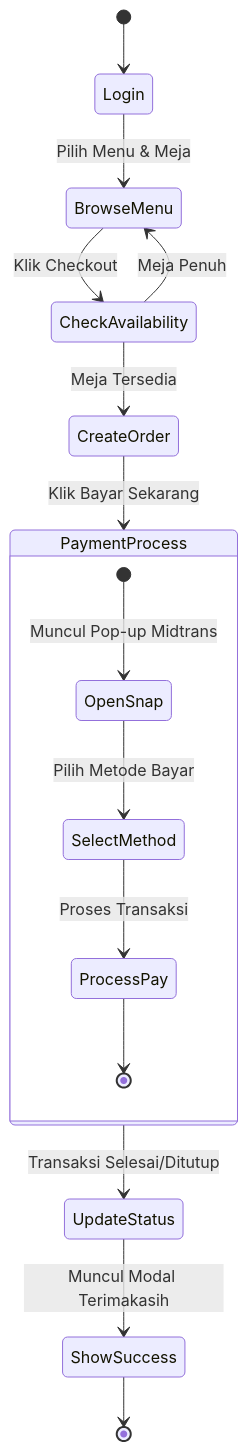
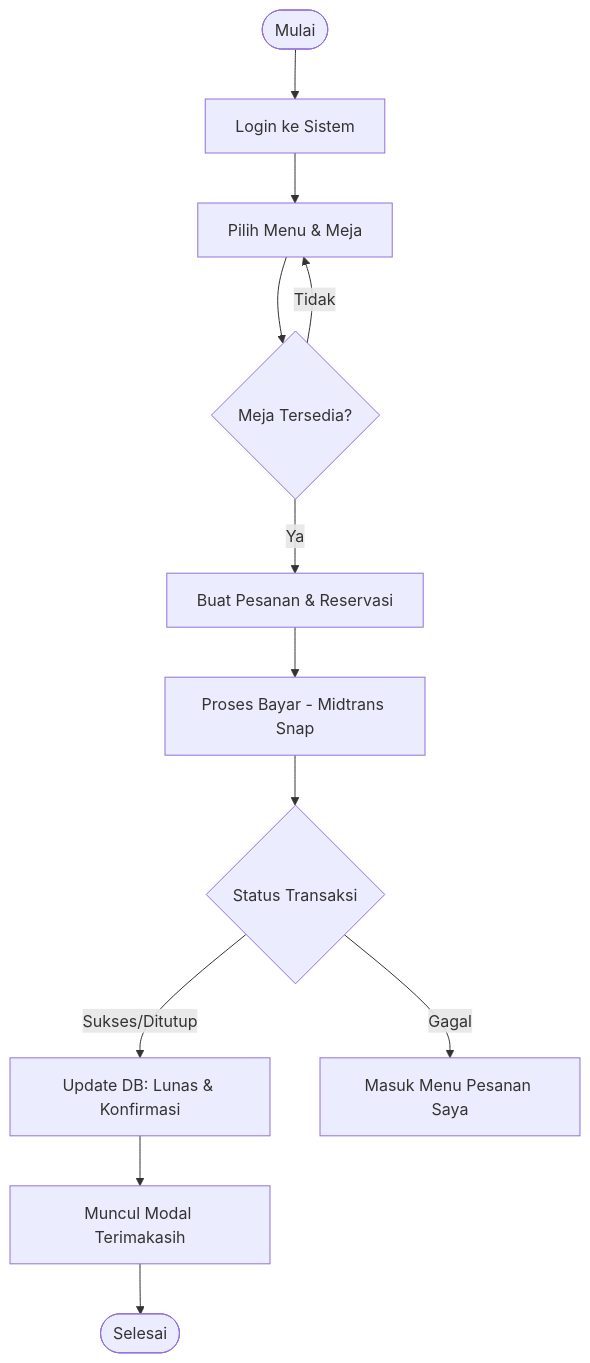
One commit to AkbarHusaini/website-reservasi-online-Ineri-suki changed the second of 3 diagrams in DIAGRAM.md. Above: the diagram before and after it, drawn with Mermaid. The commit also changed other lines of this file, not shown here.

Commit message:
fix: use supported mermaid syntax for Use Case and Activity diagrams

````diff
--- a/DIAGRAM.md
+++ b/DIAGRAM.md
@@ -43,23 +48,18 @@
 ```mermaid
-stateDiagram-v2
-    [*] --> Login
-    Login --> BrowseMenu: Pilih Menu & Meja
-    BrowseMenu --> CheckAvailability: Klik Checkout
+flowchart TD
+    Start([Mulai]) --> Login[Login ke Sistem]
+    Login --> Browse[Pilih Menu & Meja]
+    Browse --> Check{Meja Tersedia?}
     
-    state CheckAvailability <<choice>>
-    CheckAvailability --> BrowseMenu: Meja Penuh
-    CheckAvailability --> CreateOrder: Meja Tersedia
+    Check -- Tidak --> Browse
+    Check -- Ya --> Create[Buat Pesanan & Reservasi]
     
-    CreateOrder --> PaymentProcess: Klik Bayar Sekarang
+    Create --> Pay[Proses Bayar - Midtrans Snap]
+    Pay --> Result{Status Transaksi}
     
-    state PaymentProcess {
-        [*] --> OpenSnap: Muncul Pop-up Midtrans
-        OpenSnap --> SelectMethod: Pilih Metode Bayar
-        SelectMethod --> ProcessPay: Proses Transaksi
-        ProcessPay --> [*]
-    }
+    Result -- Sukses/Ditutup --> Update[Update DB: Lunas & Konfirmasi]
+    Result -- Gagal --> MyOrder[Masuk Menu Pesanan Saya]
     
-    PaymentProcess --> UpdateStatus: Transaksi Selesai/Ditutup
-    UpdateStatus --> ShowSuccess: Muncul Modal Terimakasih
-    ShowSuccess --> [*]
+    Update --> SuccessModal[Muncul Modal Terimakasih]
+    SuccessModal --> End([Selesai])
 ```
````
